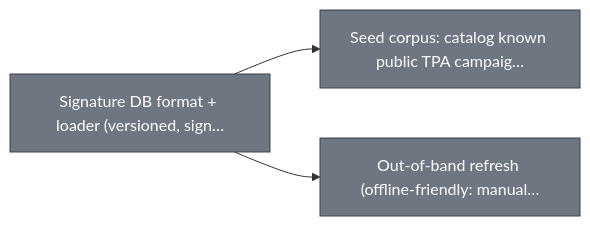
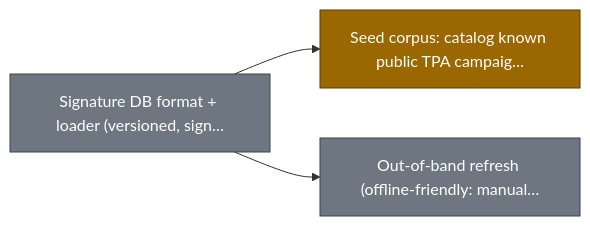
Diagram 12 of 26 in ROADMAP.md (smart-mcp-proxy/mcpproxy-go), drawn with Mermaid before and after one commit. The commit also changed other lines of this file and 2 other files, not shown here.

First line of the commit message:
chore(roadmap): tpa-db-corpus in review (#1702)

````diff
--- a/ROADMAP.md
+++ b/ROADMAP.md
@@ -455,12 +455,14 @@
 ```mermaid
 graph LR
   tpa_db_format["Signature DB format + loader (versioned, sign…"]
   tpa_db_corpus["Seed corpus: catalog known public TPA campaig…"]
   tpa_db_refresh["Out-of-band refresh (offline-friendly: manual…"]
 
   tpa_db_format --> tpa_db_corpus
   tpa_db_format --> tpa_db_refresh
 
+  classDef in_review fill:#9a6700,stroke:#5c3d00,color:#ffffff;
   classDef todo fill:#6e7781,stroke:#3d4248,color:#ffffff;
-  class tpa_db_format,tpa_db_corpus,tpa_db_refresh todo;
+  class tpa_db_corpus in_review;
+  class tpa_db_format,tpa_db_refresh todo;
 ```
````
